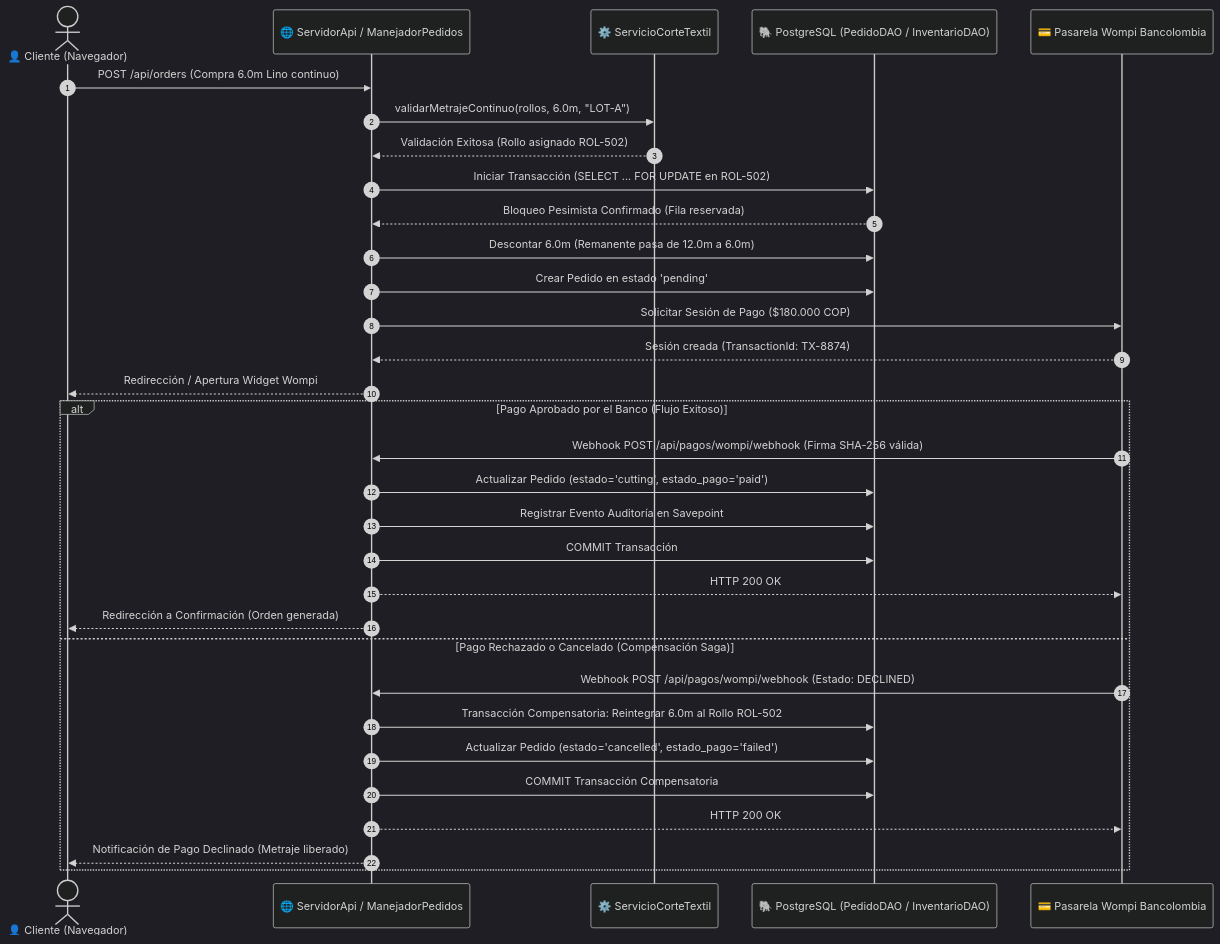
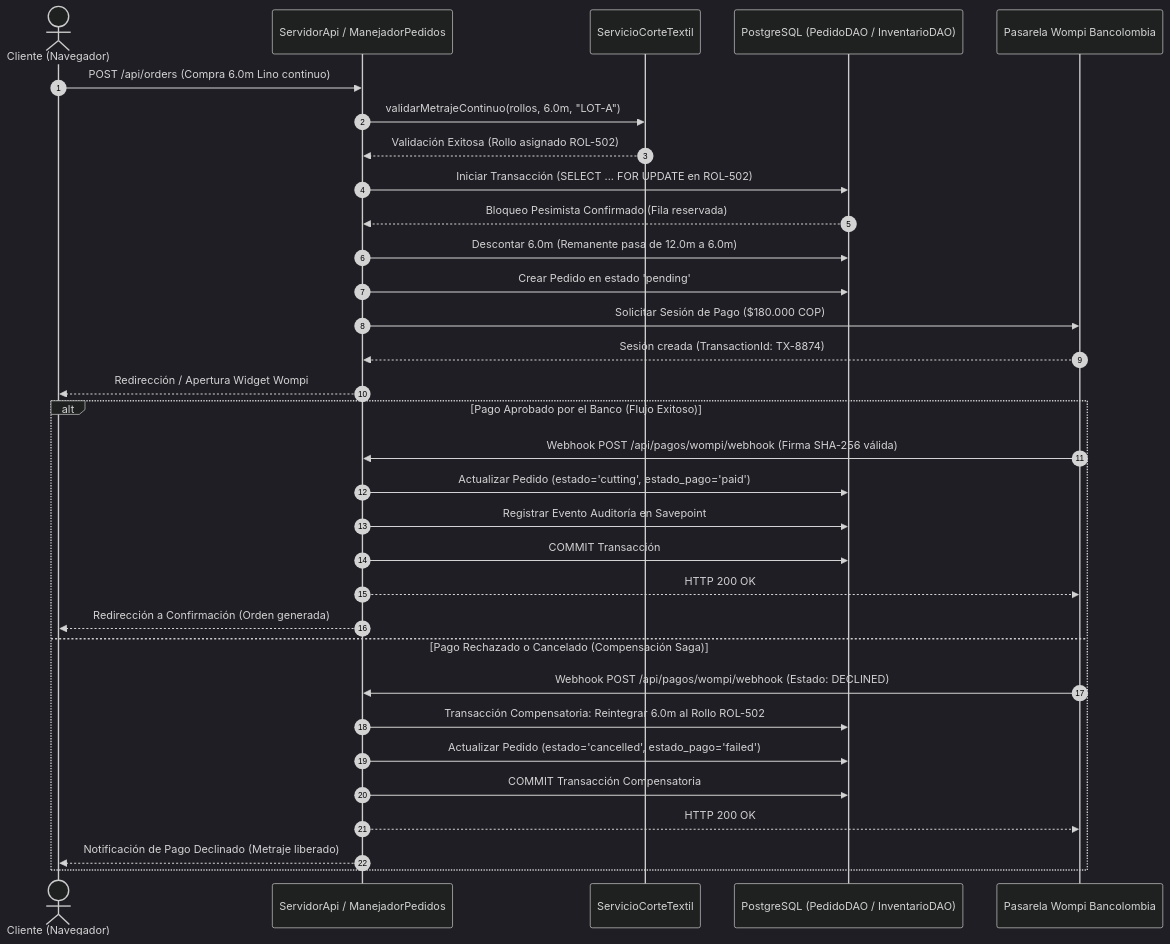
One commit to DAVIDVLEZ-DEVELOPER/PROYECTO-SENA-TIENDA-TEXTIL changed the seventh of 7 diagrams in documentacion/02-arquitectura-software-c4-y-backend.md. Above: the diagram before and after it, drawn with Mermaid (dark theme). The commit also changed other lines of this file and 6 other files, not shown here.

Commit message:
docs: eliminar emojis de la documentacion tecnica y diagramas de arquitectura para conformidad con estandares academicos ADSO

````diff
--- a/documentacion/02-arquitectura-software-c4-y-backend.md
+++ b/documentacion/02-arquitectura-software-c4-y-backend.md
@@ -513,38 +513,38 @@
 ```mermaid
 sequenceDiagram
     autonumber
-    actor Cliente as 👤 Cliente (Navegador)
-    participant Gateway as 🌐 ServidorApi / ManejadorPedidos
-    participant Motor as ⚙️ ServicioCorteTextil
-    participant DB as 🐘 PostgreSQL (PedidoDAO / InventarioDAO)
-    participant Pasarela as 💳 Pasarela Wompi Bancolombia
+    actor Cliente as Cliente (Navegador)
+    participant Gateway as ServidorApi / ManejadorPedidos
+    participant Motor as ServicioCorteTextil
+    participant DB as PostgreSQL (PedidoDAO / InventarioDAO)
+    participant Pasarela as Pasarela Wompi Bancolombia
 
     Cliente->>Gateway: POST /api/orders (Compra 6.0m Lino continuo)
     Gateway->>Motor: validarMetrajeContinuo(rollos, 6.0m, "LOT-A")
     Motor-->>Gateway: Validación Exitosa (Rollo asignado ROL-502)
     
     Gateway->>DB: Iniciar Transacción (SELECT ... FOR UPDATE en ROL-502)
     DB-->>Gateway: Bloqueo Pesimista Confirmado (Fila reservada)
     Gateway->>DB: Descontar 6.0m (Remanente pasa de 12.0m a 6.0m)
     Gateway->>DB: Crear Pedido en estado 'pending'
     
     Gateway->>Pasarela: Solicitar Sesión de Pago ($180.000 COP)
     Pasarela-->>Gateway: Sesión creada (TransactionId: TX-8874)
     Gateway-->>Cliente: Redirección / Apertura Widget Wompi
     
     alt Pago Aprobado por el Banco (Flujo Exitoso)
         Pasarela->>Gateway: Webhook POST /api/pagos/wompi/webhook (Firma SHA-256 válida)
         Gateway->>DB: Actualizar Pedido (estado='cutting', estado_pago='paid')
         Gateway->>DB: Registrar Evento Auditoría en Savepoint
         Gateway->>DB: COMMIT Transacción
         Gateway-->>Pasarela: HTTP 200 OK
         Gateway-->>Cliente: Redirección a Confirmación (Orden generada)
     else Pago Rechazado o Cancelado (Compensación Saga)
         Pasarela->>Gateway: Webhook POST /api/pagos/wompi/webhook (Estado: DECLINED)
         Gateway->>DB: Transacción Compensatoria: Reintegrar 6.0m al Rollo ROL-502
         Gateway->>DB: Actualizar Pedido (estado='cancelled', estado_pago='failed')
         Gateway->>DB: COMMIT Transacción Compensatoria
         Gateway-->>Pasarela: HTTP 200 OK
         Gateway-->>Cliente: Notificación de Pago Declinado (Metraje liberado)
     end
 ```
````
